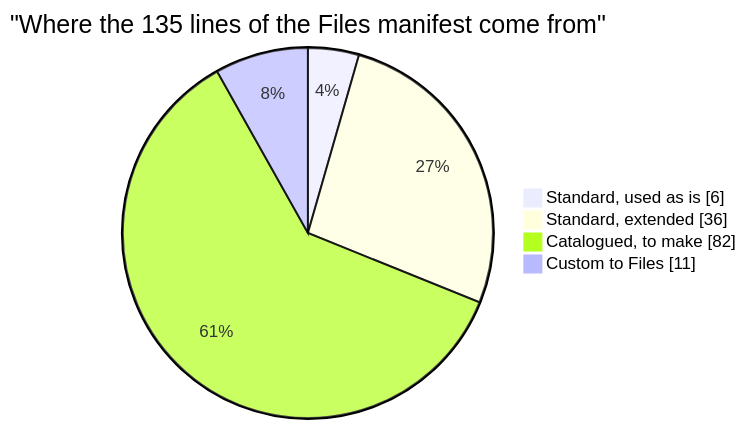
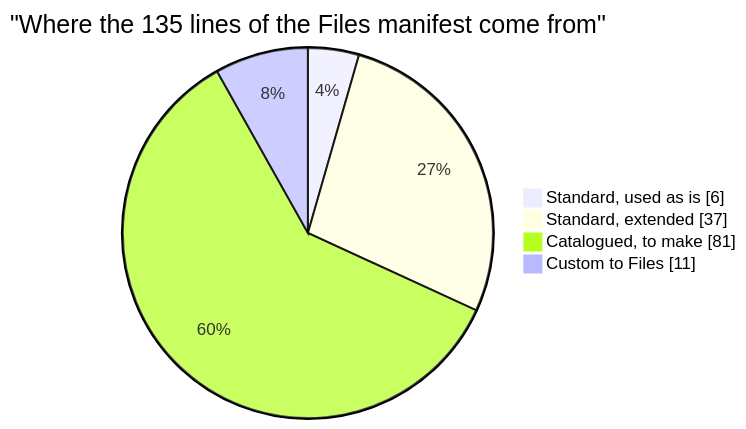
Before and after one commit to russlittle/ZTHR: the fifth of 6 diagrams in intent/papers/the-line.md, drawn with Mermaid. The commit also changed 20 other files, not shown here.

````diff
--- a/intent/papers/the-line.md
+++ b/intent/papers/the-line.md
@@ -200,7 +200,7 @@
 ```mermaid
 pie showData title "Where the 135 lines of the Files manifest come from"
   "Standard, used as is" : 6
-  "Standard, extended" : 36
-  "Catalogued, to make" : 82
+  "Standard, extended" : 37
+  "Catalogued, to make" : 81
   "Custom to Files" : 11
 ```
````
